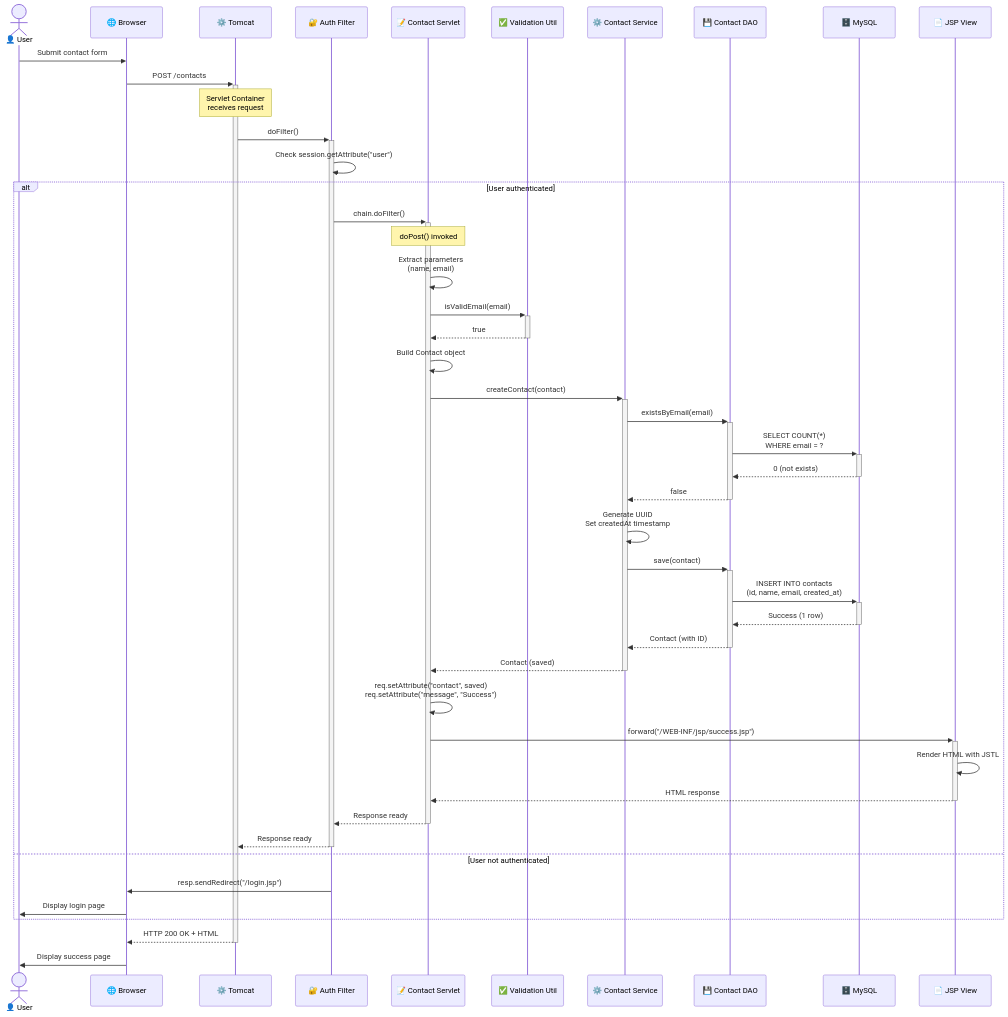
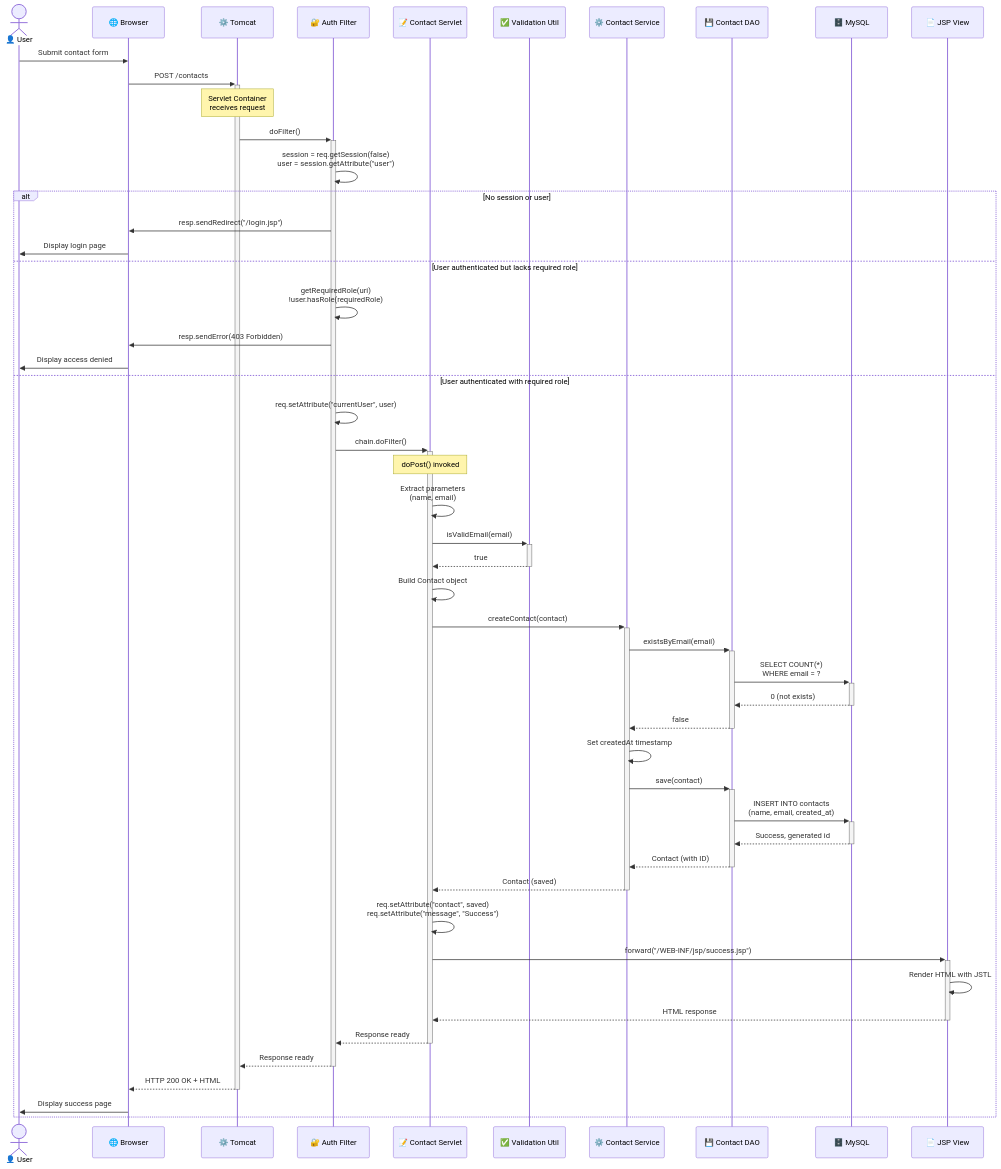
One commit to kasiopeiya/claude-dev-template changed the third of 6 diagrams in .claude/skills/design-doc-mermaid/examples/java-webapp/README.md. Above: the diagram before and after it, drawn with Mermaid. The commit also changed other lines of this file, not shown here.

````diff
--- a/.claude/skills/design-doc-mermaid/examples/java-webapp/README.md
+++ b/.claude/skills/design-doc-mermaid/examples/java-webapp/README.md
@@ -558,58 +553,61 @@
 ```mermaid
 sequenceDiagram
     actor User as 👤 User
     participant Browser as 🌐 Browser
     participant Tomcat as ⚙️ Tomcat
     participant AuthFilter as 🔐 Auth Filter
     participant ContactServlet as 📝 Contact Servlet
     participant Validator as ✅ Validation Util
     participant ContactSvc as ⚙️ Contact Service
     participant ContactDAO as 💾 Contact DAO
     participant DB as 🗄️ MySQL
     participant JSP as 📄 JSP View
 
     User->>Browser: Submit contact form
     Browser->>+Tomcat: POST /contacts
     Note over Tomcat: Servlet Container<br/>receives request
 
     Tomcat->>+AuthFilter: doFilter()
-    AuthFilter->>AuthFilter: Check session.getAttribute("user")
+    AuthFilter->>AuthFilter: session = req.getSession(false)<br/>user = session.getAttribute("user")
 
-    alt User authenticated
+    alt No session or user
+        AuthFilter->>Browser: resp.sendRedirect("/login.jsp")
+        Browser->>User: Display login page
+    else User authenticated but lacks required role
+        AuthFilter->>AuthFilter: getRequiredRole(uri)<br/>!user.hasRole(requiredRole)
+        AuthFilter->>Browser: resp.sendError(403 Forbidden)
+        Browser->>User: Display access denied
+    else User authenticated with required role
+        AuthFilter->>AuthFilter: req.setAttribute("currentUser", user)
         AuthFilter->>+ContactServlet: chain.doFilter()
         Note over ContactServlet: doPost() invoked
 
         ContactServlet->>ContactServlet: Extract parameters<br/>(name, email)
         ContactServlet->>+Validator: isValidEmail(email)
         Validator-->>-ContactServlet: true
 
         ContactServlet->>ContactServlet: Build Contact object
         ContactServlet->>+ContactSvc: createContact(contact)
 
         ContactSvc->>+ContactDAO: existsByEmail(email)
         ContactDAO->>+DB: SELECT COUNT(*)<br/>WHERE email = ?
         DB-->>-ContactDAO: 0 (not exists)
         ContactDAO-->>-ContactSvc: false
 
-        ContactSvc->>ContactSvc: Generate UUID<br/>Set createdAt timestamp
+        ContactSvc->>ContactSvc: Set createdAt timestamp
         ContactSvc->>+ContactDAO: save(contact)
-        ContactDAO->>+DB: INSERT INTO contacts<br/>(id, name, email, created_at)
-        DB-->>-ContactDAO: Success (1 row)
+        ContactDAO->>+DB: INSERT INTO contacts<br/>(name, email, created_at)
+        DB-->>-ContactDAO: Success, generated id
         ContactDAO-->>-ContactSvc: Contact (with ID)
         ContactSvc-->>-ContactServlet: Contact (saved)
 
         ContactServlet->>ContactServlet: req.setAttribute("contact", saved)<br/>req.setAttribute("message", "Success")
         ContactServlet->>+JSP: forward("/WEB-INF/jsp/success.jsp")
         JSP->>JSP: Render HTML with JSTL
         JSP-->>-ContactServlet: HTML response
         ContactServlet-->>-AuthFilter: Response ready
         AuthFilter-->>-Tomcat: Response ready
-
-    else User not authenticated
-        AuthFilter->>Browser: resp.sendRedirect("/login.jsp")
-        Browser->>User: Display login page
+        Tomcat-->>-Browser: HTTP 200 OK + HTML
+        Browser->>User: Display success page
     end
-
-    Tomcat-->>-Browser: HTTP 200 OK + HTML
-    Browser->>User: Display success page
 ```
````
